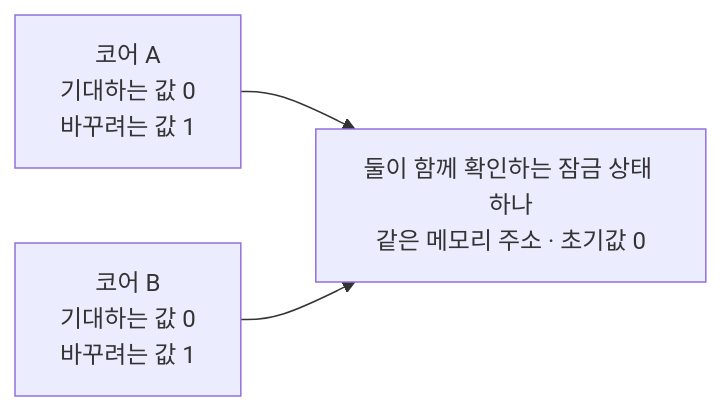
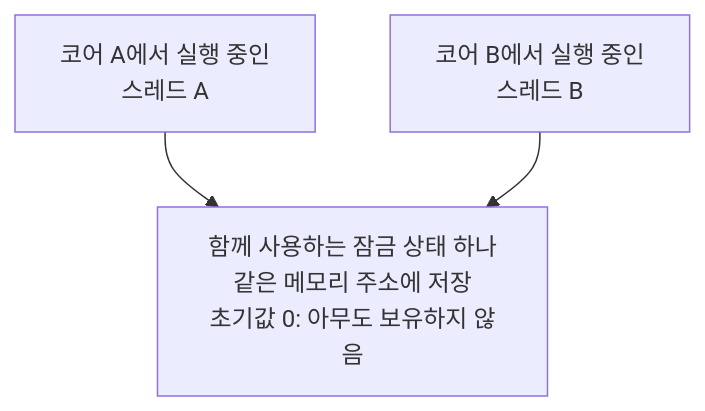
The fourth of 5 diagrams in content/posts/last-stock-ordering.md (owencity/owencity.github.io), drawn with Mermaid before and after one commit. The commit also changed other lines of this file and 1 other file, not shown here.

````diff
--- a/content/posts/last-stock-ordering.md
+++ b/content/posts/last-stock-ordering.md
@@ -96,5 +88,5 @@
 ```mermaid
-flowchart LR
-    A["코어 A<br/>기대하는 값 0<br/>바꾸려는 값 1"] --> L["둘이 함께 확인하는 잠금 상태 하나<br/>같은 메모리 주소 · 초기값 0"]
-    B["코어 B<br/>기대하는 값 0<br/>바꾸려는 값 1"] --> L
+flowchart TD
+    A["코어 A에서 실행 중인<br/>스레드 A"] --> L["함께 사용하는 잠금 상태 하나<br/>같은 메모리 주소에 저장<br/>초기값 0: 아무도 보유하지 않음"]
+    B["코어 B에서 실행 중인<br/>스레드 B"] --> L
 ```
````
